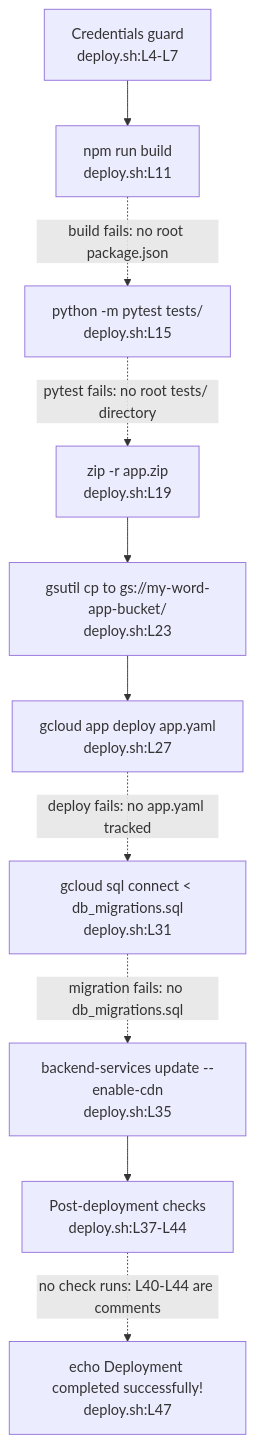
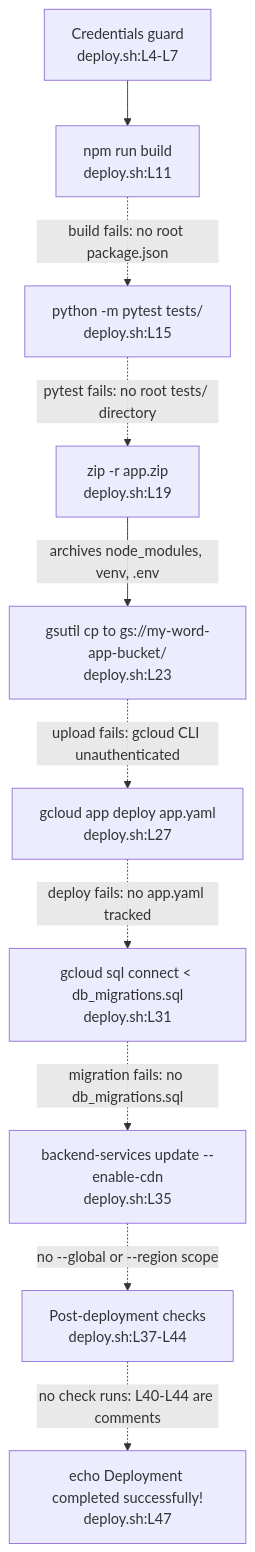
Before and after one commit to blitzy-public-samples/microsoft-word-u33ko0: the diagram in scripts/README.md, drawn with Mermaid. The commit also changed other lines of this file and 53 other files, not shown here.

````diff
--- a/scripts/README.md
+++ b/scripts/README.md
@@ -118,15 +114,14 @@
 ```mermaid
 flowchart TD
     G["Credentials guard<br/>deploy.sh:L4-L7"] --> B["npm run build<br/>deploy.sh:L11"]
     B -.->|"build fails: no root package.json"| T["python -m pytest tests/<br/>deploy.sh:L15"]
     T -.->|"pytest fails: no root tests/ directory"| Z["zip -r app.zip<br/>deploy.sh:L19"]
-    Z --> U["gsutil cp to gs://my-word-app-bucket/<br/>deploy.sh:L23"]
-    U --> D["gcloud app deploy app.yaml<br/>deploy.sh:L27"]
+    Z -->|"archives node_modules, venv, .env"| U["gsutil cp to gs://my-word-app-bucket/<br/>deploy.sh:L23"]
+    U -.->|"upload fails: gcloud CLI unauthenticated"| D["gcloud app deploy app.yaml<br/>deploy.sh:L27"]
     D -.->|"deploy fails: no app.yaml tracked"| M["gcloud sql connect &lt; db_migrations.sql<br/>deploy.sh:L31"]
     M -.->|"migration fails: no db_migrations.sql"| C["backend-services update --enable-cdn<br/>deploy.sh:L35"]
-    C --> P["Post-deployment checks<br/>deploy.sh:L37-L44"]
+    C -.->|"no --global or --region scope"| P["Post-deployment checks<br/>deploy.sh:L37-L44"]
     P -.->|"no check runs: L40-L44 are comments"| S["echo Deployment completed successfully!<br/>deploy.sh:L47"]
-
 %% A dashed edge leaves a stage that fails against the committed repository.
 %% The run continues across it because nothing checks an exit status.
 ```
````
